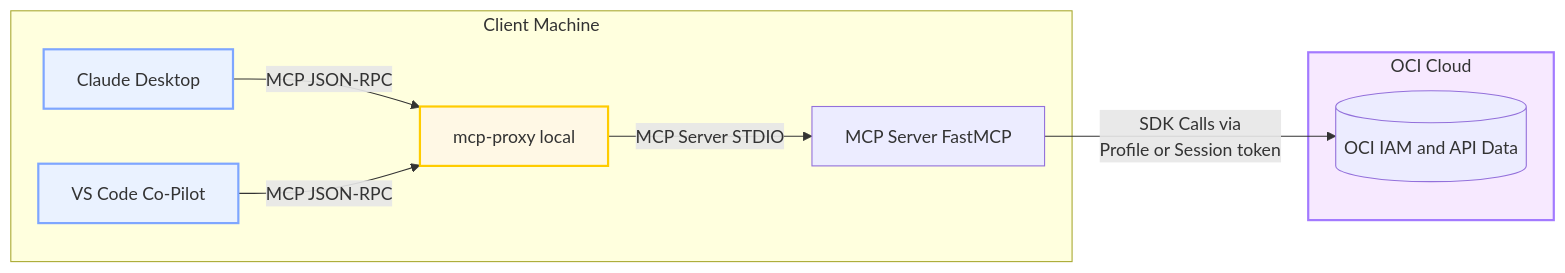
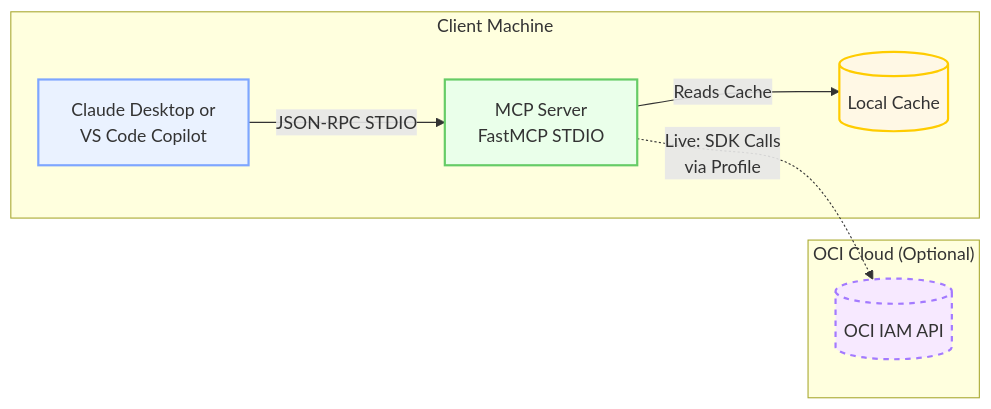
The first of 7 diagrams in README_MCP.md (agregory999/oci-policy-analysis), drawn with Mermaid before and after one commit. The commit also changed other lines of this file, not shown here.

Commit message:
chore: MCP and Readme

````diff
--- a/README_MCP.md
+++ b/README_MCP.md
@@ -20,24 +20,22 @@
 ```mermaid
 flowchart LR
     subgraph CLIENT["Client Machine"]
-        C1[Claude Desktop]
-        C2[VS Code Co-Pilot]
-        P1[mcp-proxy local]
-        S1[MCP Server FastMCP]
+        C1[Claude Desktop or<br/>VS Code Copilot]
+        MCP[MCP Server<br/>FastMCP STDIO]
+        CACHE[(Local Cache)]
     end
 
-    subgraph OCI["OCI Cloud"]
-        OCI-API[(OCI IAM and API Data)]
+    subgraph OCI["OCI Cloud (Optional)"]
+        OCI-API[(OCI IAM API)]
     end
 
-    C1 -->|MCP JSON-RPC| P1
-    C2 -->|MCP JSON-RPC| P1
-    P1 -->|MCP Server STDIO| S1
-    S1 -->|SDK Calls via<br/>Profile or Session token| OCI-API
+    C1 -->|JSON-RPC STDIO| MCP
+    MCP -->|Reads Cache| CACHE
+    MCP -.->|Live: SDK Calls<br/>via Profile| OCI-API
 
     %% Styles
     style C1 fill:#eaf2ff,stroke:#7ea6ff,stroke-width:2px
-    style C2 fill:#eaf2ff,stroke:#7ea6ff,stroke-width:2px
-    style P1 fill:#fff8e5,stroke:#ffcc00,stroke-width:2px
-    style OCI fill:#f7e9ff,stroke:#a37aff,stroke-width:2px
+    style MCP fill:#eaffea,stroke:#66cc66,stroke-width:2px
+    style CACHE fill:#fff8e5,stroke:#ffcc00,stroke-width:2px
+    style OCI-API fill:#f7e9ff,stroke:#a37aff,stroke-width:2px,stroke-dasharray: 5 5
 ```
````
